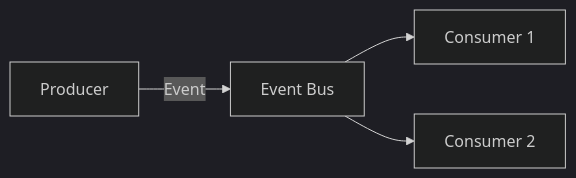
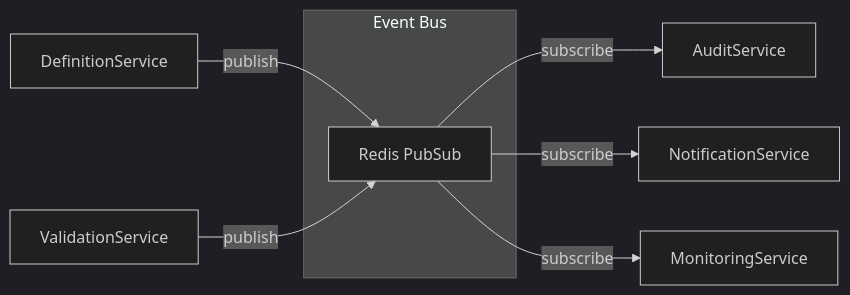
The seventh of 12 diagrams in docs/architectuur/templates/SOLUTION_ARCHITECTURE_TEMPLATE.md (Chris-Lehnen-ICT-CONSULTING/Definitie-app-zakelijk), drawn with Mermaid (dark theme) before and after one commit. The commit also changed other lines of this file and 130 other files, not shown here.

First line of the commit message:
refactor: consolidate 89 architecture documents into 3 canonical documents

````diff
--- a/docs/architectuur/templates/SOLUTION_ARCHITECTURE_TEMPLATE.md
+++ b/docs/architectuur/templates/SOLUTION_ARCHITECTURE_TEMPLATE.md
@@ -202,6 +444,13 @@
 ```mermaid
 graph LR
-    A[Producer] -->|Event| B[Event Bus]
-    B --> C[Consumer 1]
-    B --> D[Consumer 2]
+    subgraph "Event Bus"
+        EB[Redis PubSub]
+    end
+
+    DS[DefinitionService] -->|publish| EB
+    VS[ValidationService] -->|publish| EB
+
+    EB -->|subscribe| AS[AuditService]
+    EB -->|subscribe| NS[NotificationService]
+    EB -->|subscribe| MS[MonitoringService]
 ```
````
